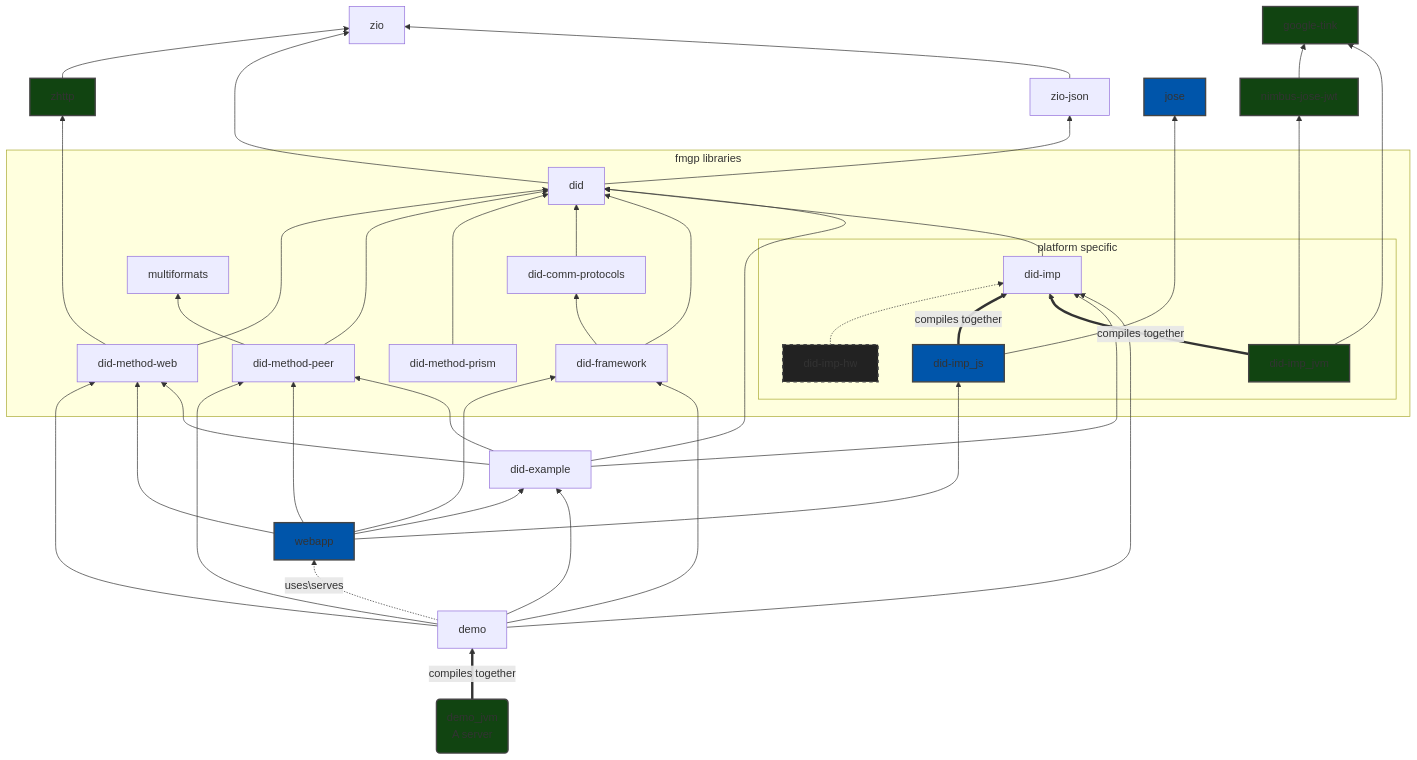
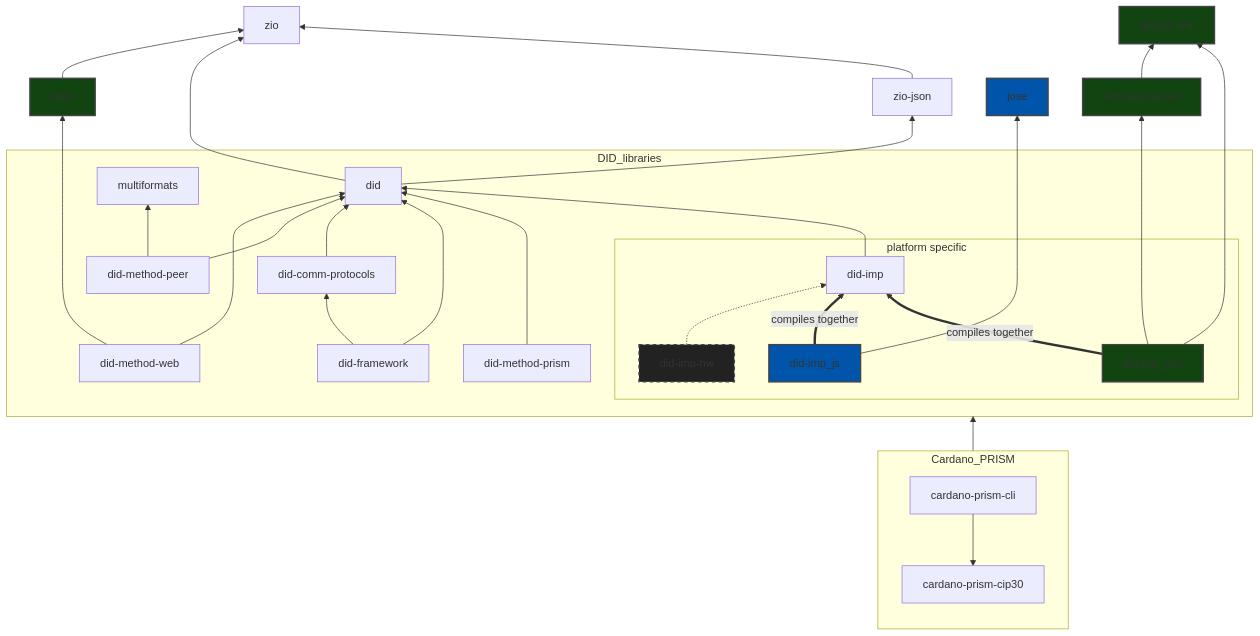
The diagram in README.md (FabioPinheiro/scala-did), drawn with Mermaid before and after one commit. The commit also changed other lines of this file and 103 other files, not shown here.

````diff
--- a/README.md
+++ b/README.md
@@ -95,58 +92,44 @@
 ```mermaid
 flowchart BT
 
   zhttp --> zio
   did --> zio
   zio-json --> zio
   did --> zio-json
   did-method-web ----> zhttp:::JVM
 
-  subgraph fmgp libraries
+  subgraph DID_libraries
     did-method-peer --> multiformats
     subgraph platform specific
       did-imp
       did-imp-hw:::Others -.-> did-imp
       did-imp_js:::JS ==>|compiles together| did-imp
       did-imp_jvm:::JVM ==>|compiles together| did-imp
     end
     did-method-web --> did
     did-method-peer --> did
-    did-method-prism ---> did
     did-comm-protocols --> did
     did-framework --> did
+    did-method-prism ---> did
     did-framework --> did-comm-protocols
     did-imp --> did
+
   end
-
-  did-example ----> did
-  did-example --> did-imp
-  demo --> did-imp
 
   did-imp_jvm:::JVM ----> nimbus-jose-jwt:::JVM --> google-tink:::JVM
   did-imp_jvm:::JVM ---> google-tink
 
   did-imp_js ----> jose:::JS
 
-  %% subgraph demo/docs
-    webapp:::JS --> did-framework
-    demo --> did-framework
-    demo --> did-method-web
-    demo --> did-method-peer
-    webapp:::JS --> did-imp_js
-    webapp:::JS  --> did-method-web
-    webapp:::JS  --> did-method-peer
-    webapp:::JS  --> did-example
-    demo  --> did-example
-    demo -.->|uses\serves| webapp
+  subgraph Cardano_PRISM
+    %%cardano-prism-cip30 --> did-method-prism
+    cardano-prism-cli --> cardano-prism-cip30
+  end
 
-    demo_jvm(demo_jvm\nA server):::JVM ==>|compiles together| demo
-
-    did-example  --> did-method-peer
-    did-example  --> did-method-web
-  %% end
+  Cardano_PRISM ---> DID_libraries
 
   classDef JVM fill:#141,stroke:#444,stroke-width:2px;
   classDef JS fill:#05a,stroke:#444,stroke-width:2px;
   classDef Others fill:#222,stroke:#444,stroke-width:2px,stroke-dasharray: 5 5;
 
 ```
````
